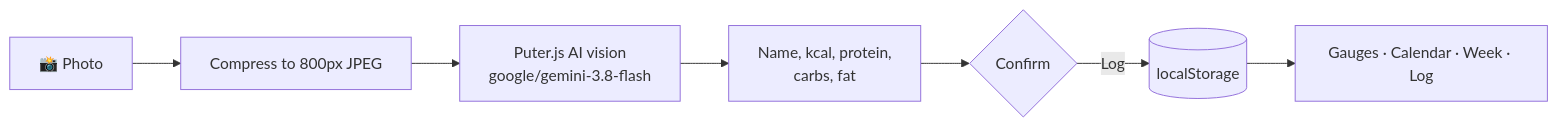
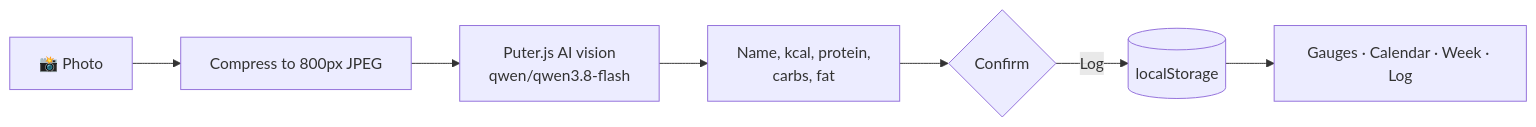
The diagram in README.md (Danialbroz/macro-tracker), drawn with Mermaid before and after one commit. The commit also changed other lines of this file and 1 other file, not shown here.

Commit message:
Switch scan model to qwen/qwen3.8-flash

````diff
--- a/README.md
+++ b/README.md
@@ -63,9 +63,9 @@
 ```mermaid
 flowchart LR
     A[📸 Photo] --> B[Compress to 800px JPEG]
-    B --> C[Puter.js AI vision<br/>google/gemini-3.8-flash]
+    B --> C[Puter.js AI vision<br/>qwen/qwen3.8-flash]
     C --> D[Name, kcal, protein,<br/>carbs, fat]
     D --> E{Confirm}
     E -->|Log| F[(localStorage)]
     F --> G[Gauges · Calendar · Week · Log]
 ```
````
